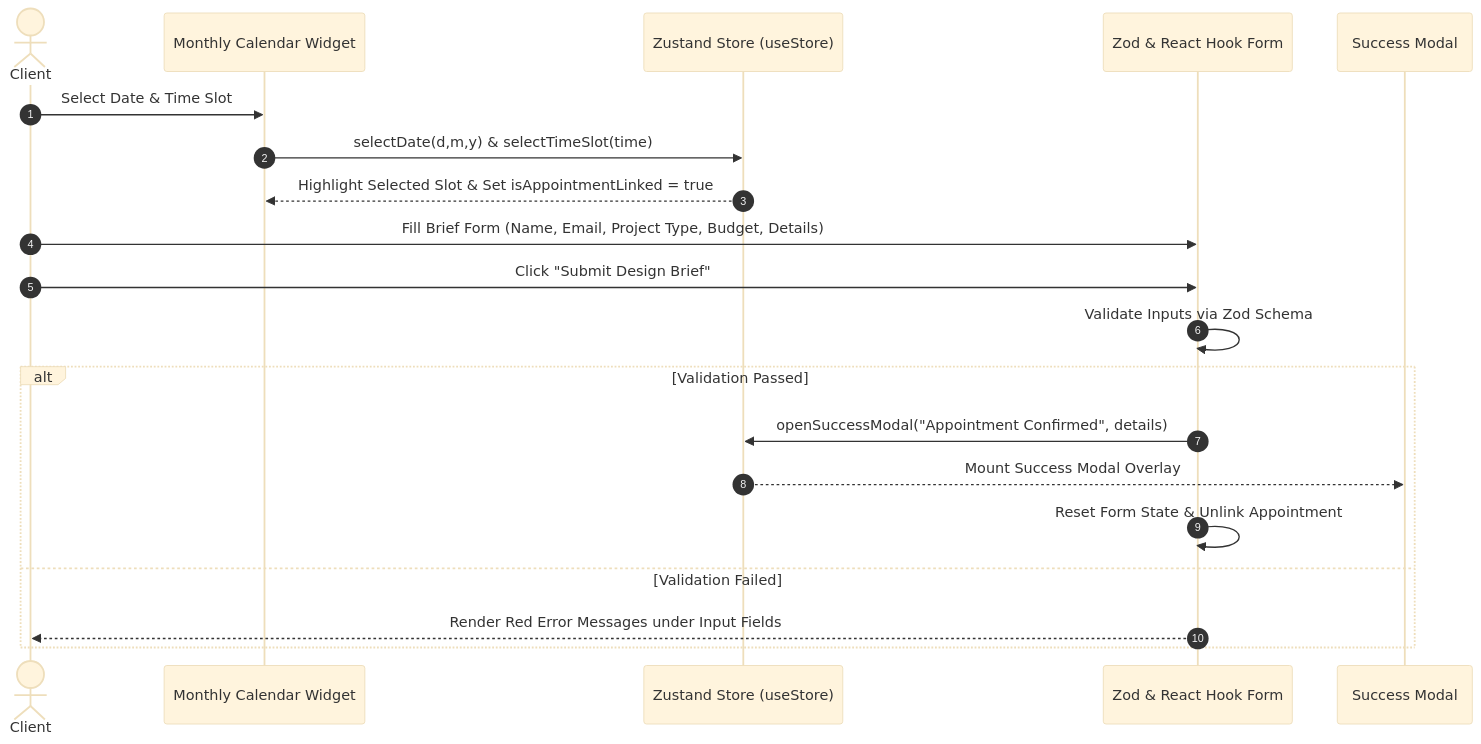
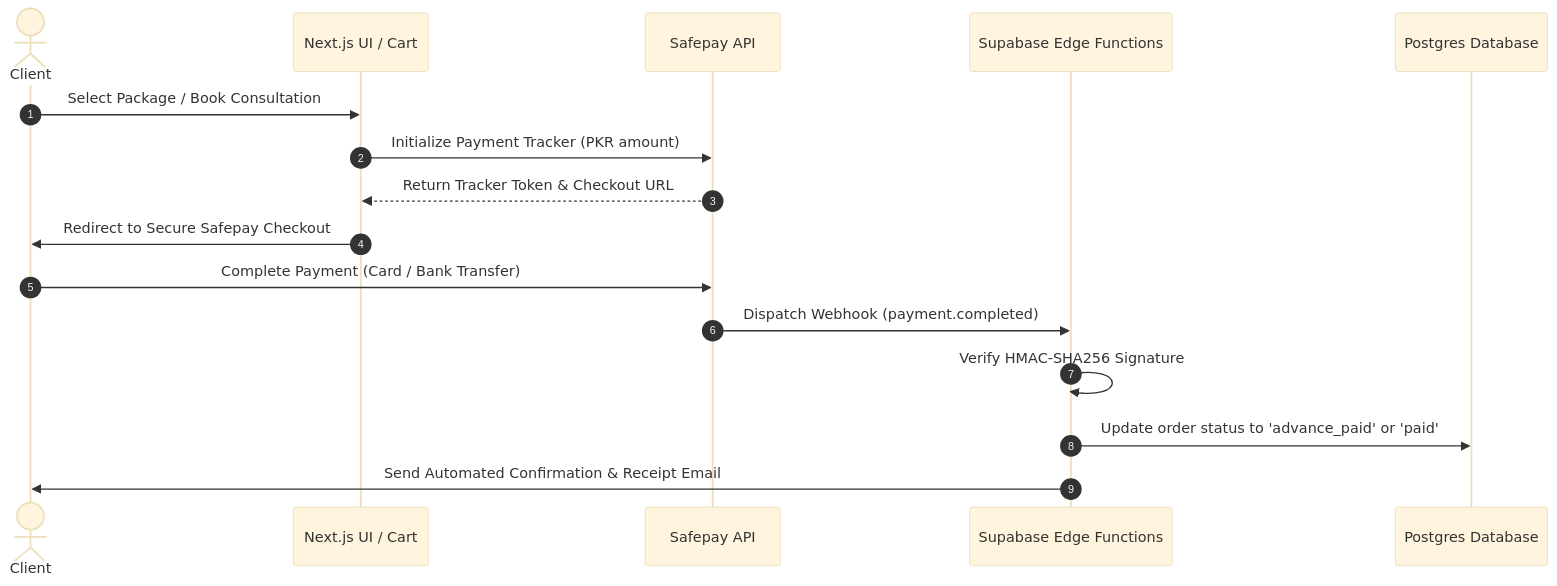
One commit to marck-architect/Mark-Architecture changed the diagram in PROJECT_STRUCTURE_AND_WORKFLOW.md. Above: the diagram before and after it, drawn with Mermaid (base theme). The commit also changed other lines of this file and 32 other files, not shown here.

````diff
--- a/PROJECT_STRUCTURE_AND_WORKFLOW.md
+++ b/PROJECT_STRUCTURE_AND_WORKFLOW.md
@@ -210,25 +101,19 @@
 ```mermaid
 sequenceDiagram
     autonumber
     actor Client
-    participant Calendar as Monthly Calendar Widget
-    participant Store as Zustand Store (useStore)
-    participant Form as Zod & React Hook Form
-    participant Modal as Success Modal
+    participant UI as Next.js UI / Cart
+    participant Safepay as Safepay API
+    participant Edge as Supabase Edge Functions
+    participant DB as Postgres Database
 
-    Client->>Calendar: Select Date & Time Slot
-    Calendar->>Store: selectDate(d,m,y) & selectTimeSlot(time)
-    Store-->>Calendar: Highlight Selected Slot & Set isAppointmentLinked = true
-    
-    Client->>Form: Fill Brief Form (Name, Email, Project Type, Budget, Details)
-    Client->>Form: Click "Submit Design Brief"
-    Form->>Form: Validate Inputs via Zod Schema
-    
-    alt Validation Passed
-        Form->>Store: openSuccessModal("Appointment Confirmed", details)
-        Store-->>Modal: Mount Success Modal Overlay
-        Form->>Form: Reset Form State & Unlink Appointment
-    else Validation Failed
-        Form-->>Client: Render Red Error Messages under Input Fields
-    end
+    Client->>UI: Select Package / Book Consultation
+    UI->>Safepay: Initialize Payment Tracker (PKR amount)
+    Safepay-->>UI: Return Tracker Token & Checkout URL
+    UI->>Client: Redirect to Secure Safepay Checkout
+    Client->>Safepay: Complete Payment (Card / Bank Transfer)
+    Safepay->>Edge: Dispatch Webhook (payment.completed)
+    Edge->>Edge: Verify HMAC-SHA256 Signature
+    Edge->>DB: Update order status to 'advance_paid' or 'paid'
+    Edge->>Client: Send Automated Confirmation & Receipt Email
 ```
````
